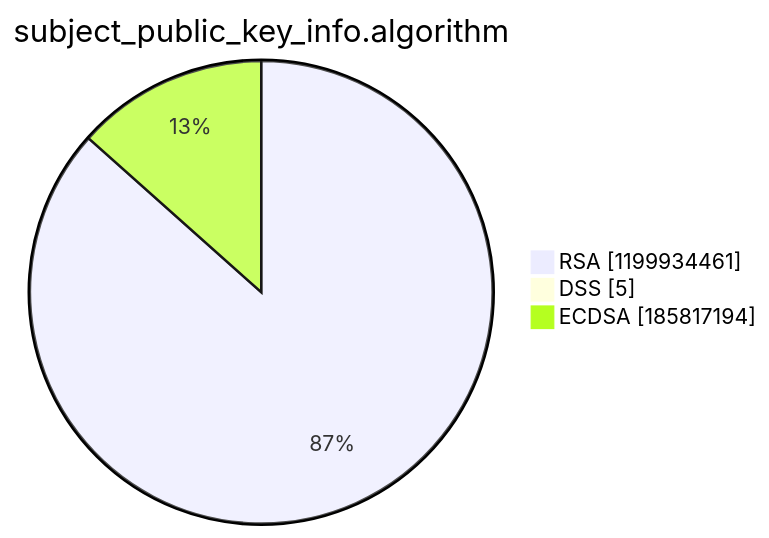
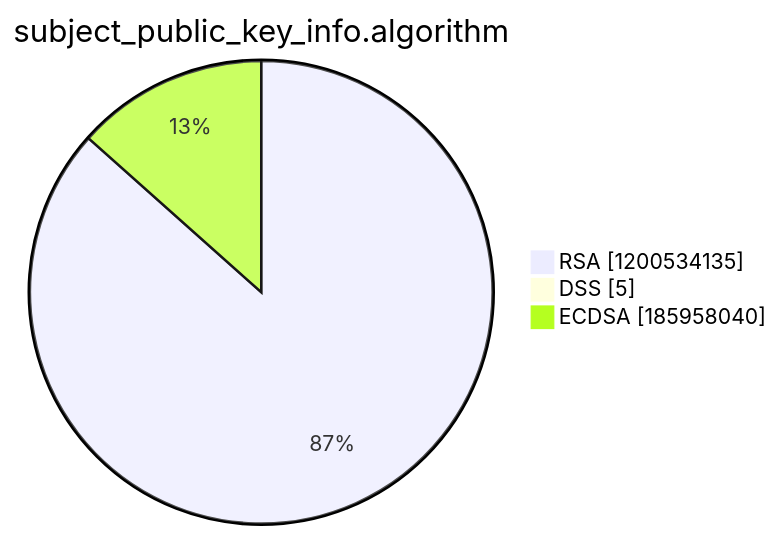
The third of 15 diagrams in argon2022/README.md (christiankrug/ctmonitor_visualization), drawn with Mermaid before and after one commit. The commit also changed other lines of this file, not shown here.

````diff
--- a/argon2022/README.md
+++ b/argon2022/README.md
@@ -14,7 +14,7 @@
 ```mermaid
 pie showData
 title subject_public_key_info.algorithm
-"RSA" :1199934461
+"RSA" :1200534135
 "DSS" :5
-"ECDSA" :185817194
+"ECDSA" :185958040
 ```
````
